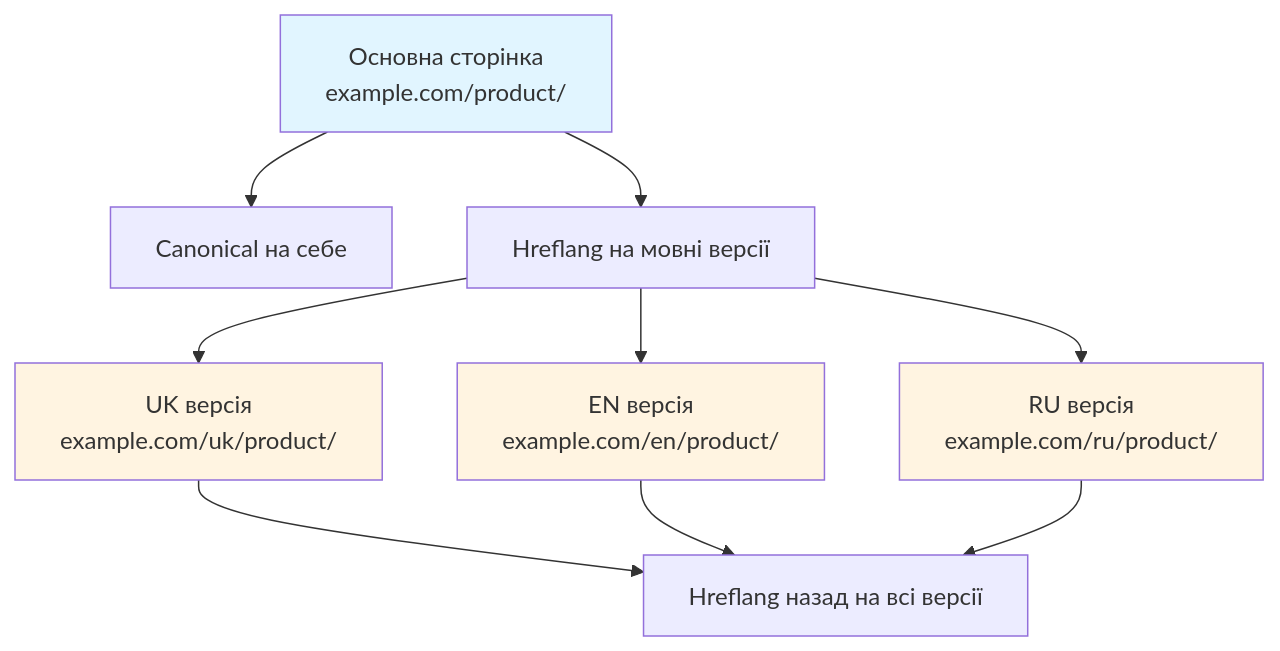
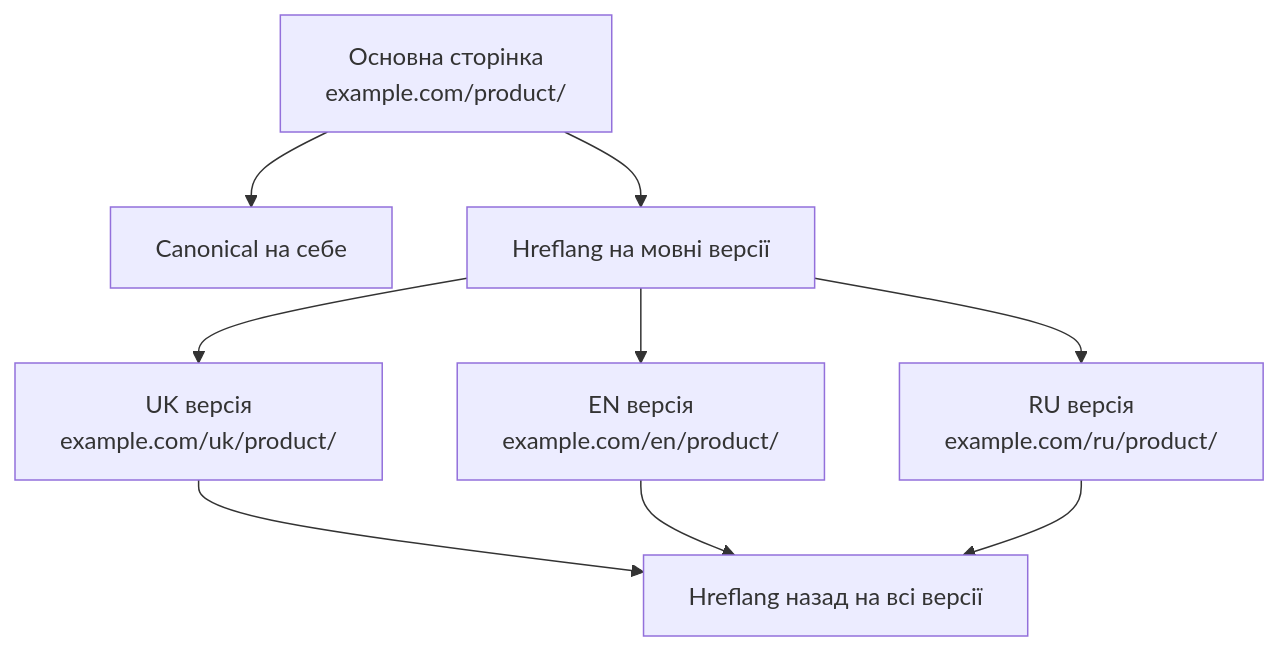
Before and after one commit to olroi421/course-seo: the second of 2 diagrams in lectures/lec-04.md, drawn with Mermaid. The commit also changed other lines of this file and 1 other file, not shown here.

First line of the commit message:
Remove redundant Mermaid style directives

````diff
--- a/lectures/lec-04.md
+++ b/lectures/lec-04.md
@@ -903,18 +896,14 @@
 ```mermaid
 graph TD
     A[Основна сторінка<br/>example.com/product/] --> B[Canonical на себе]
     A --> C[Hreflang на мовні версії]
 
     C --> D[UK версія<br/>example.com/uk/product/]
     C --> E[EN версія<br/>example.com/en/product/]
     C --> F[RU версія<br/>example.com/ru/product/]
 
     D --> G[Hreflang назад на всі версії]
     E --> G
     F --> G
 
-    style A fill:#e1f5ff
-    style D fill:#fff4e1
-    style E fill:#fff4e1
-    style F fill:#fff4e1
 ```
````
